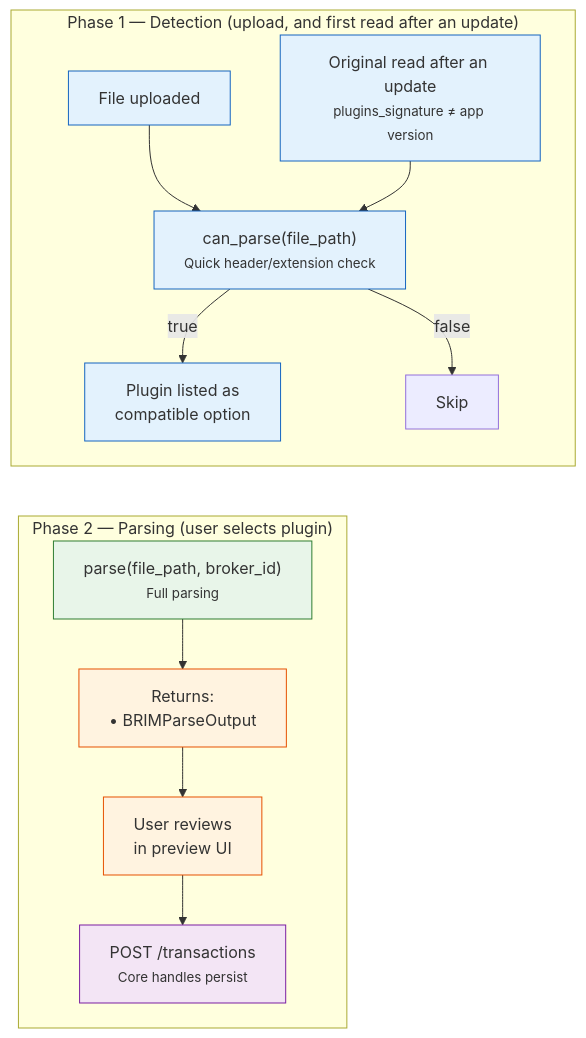
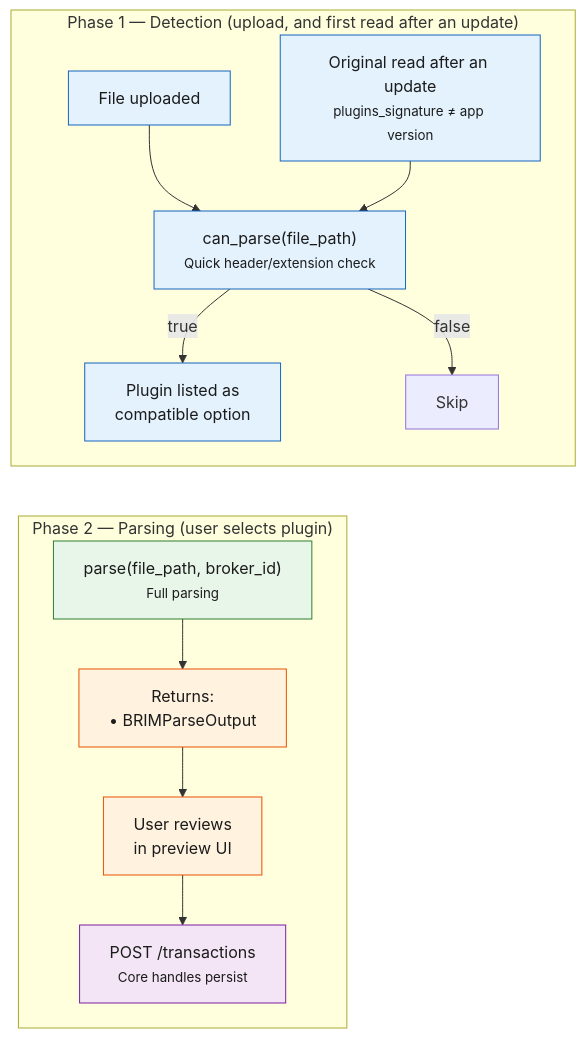
Before and after one commit to Librefolio/LibreFolio: the first of 3 diagrams in mkdocs_src/docs/developer/architecture/patterns/brim_plugin_guide.md, drawn with Mermaid. The commit also changed 2 other files, not shown here.

Commit message:
fix(docs): diagram text colour in the plugin guides

````diff
--- a/mkdocs_src/docs/developer/architecture/patterns/brim_plugin_guide.md
+++ b/mkdocs_src/docs/developer/architecture/patterns/brim_plugin_guide.md
@@ -37,26 +37,26 @@
 ```mermaid
 graph TD
     subgraph "Phase 1 — Detection (upload, and first read after an update)"
         D1["File uploaded"] --> D2["can_parse(file_path)<br/><small>Quick header/extension check</small>"]
         D0["Original read after an update<br/><small>plugins_signature ≠ app version</small>"] --> D2
         D2 -->|true| D3["Plugin listed as<br/>compatible option"]
         D2 -->|false| D4["Skip"]
     end
 
     subgraph "Phase 2 — Parsing (user selects plugin)"
         P1["parse(file_path, broker_id)<br/><small>Full parsing</small>"] --> P2["Returns:<br/>• BRIMParseOutput"]
         P2 --> P3["User reviews<br/>in preview UI"]
         P3 --> P4["POST /transactions<br/><small>Core handles persist</small>"]
     end
 
     D3 ~~~ P1
 
-    style D0 fill:#e3f2fd,stroke:#1565c0
-    style D1 fill:#e3f2fd,stroke:#1565c0
-    style D2 fill:#e3f2fd,stroke:#1565c0
-    style D3 fill:#e3f2fd,stroke:#1565c0
-    style P1 fill:#e8f5e9,stroke:#2e7d32
-    style P2 fill:#fff3e0,stroke:#e65100
-    style P3 fill:#fff3e0,stroke:#e65100
-    style P4 fill:#f3e5f5,stroke:#7b1fa2
+    style D0 fill:#e3f2fd,color:#1b1b1b,stroke:#1565c0
+    style D1 fill:#e3f2fd,color:#1b1b1b,stroke:#1565c0
+    style D2 fill:#e3f2fd,color:#1b1b1b,stroke:#1565c0
+    style D3 fill:#e3f2fd,color:#1b1b1b,stroke:#1565c0
+    style P1 fill:#e8f5e9,color:#1b1b1b,stroke:#2e7d32
+    style P2 fill:#fff3e0,color:#1b1b1b,stroke:#e65100
+    style P3 fill:#fff3e0,color:#1b1b1b,stroke:#e65100
+    style P4 fill:#f3e5f5,color:#1b1b1b,stroke:#7b1fa2
 ```
````
